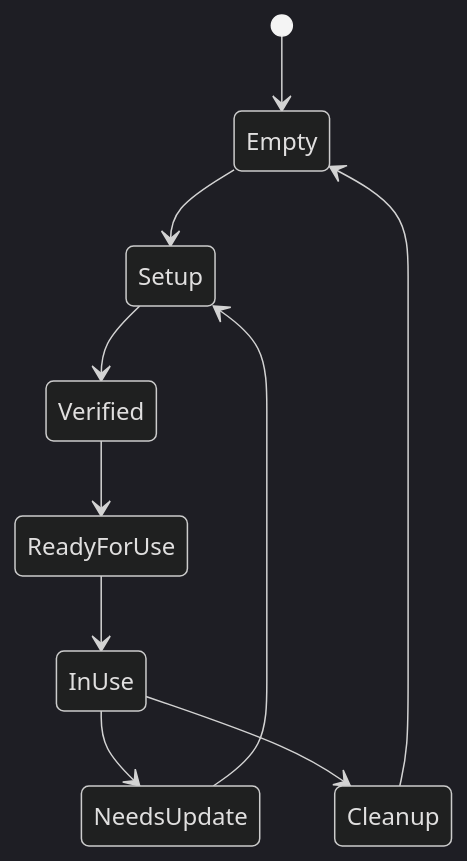
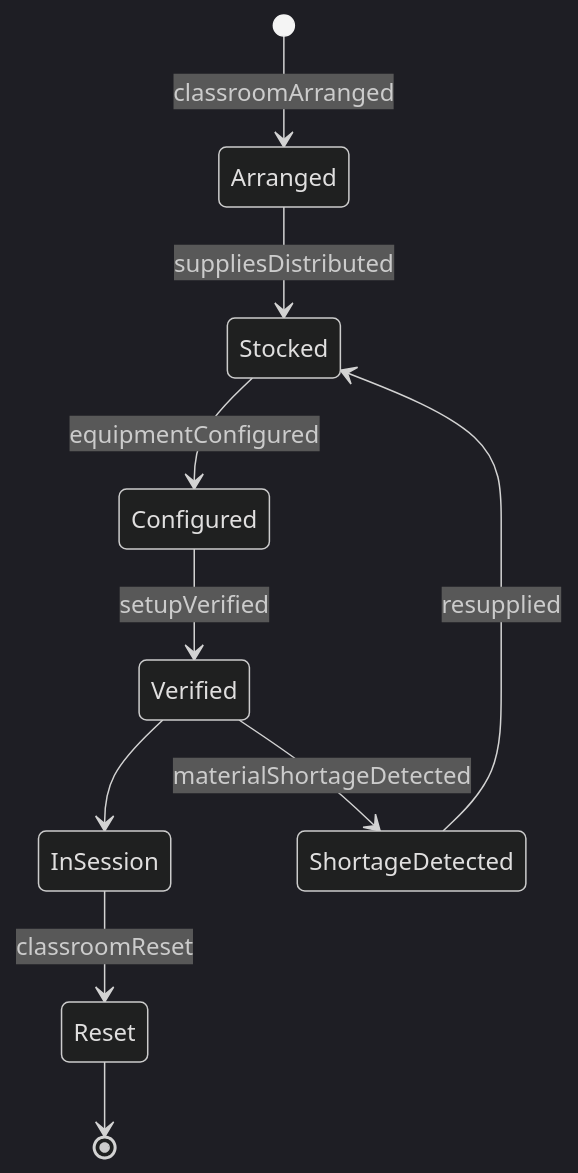
The second of 4 diagrams in HandlingAndMovingObjects/SetUpClassroomsFacilitiesEducationalMaterialsOrEquipment/SetUpClassroomMaterialsEquipment.mdx (dot-org-ai/tasks.org.ai), drawn with Mermaid (dark theme) before and after one commit. The commit also changed other lines of this file and 515 other files, not shown here.

````diff
--- a/HandlingAndMovingObjects/SetUpClassroomsFacilitiesEducationalMaterialsOrEquipment/SetUpClassroomMaterialsEquipment.mdx
+++ b/HandlingAndMovingObjects/SetUpClassroomsFacilitiesEducationalMaterialsOrEquipment/SetUpClassroomMaterialsEquipment.mdx
@@ -98,12 +98,12 @@
 ```mermaid
 stateDiagram-v2
-    [*] --> Empty
-    Empty --> Setup
-    Setup --> Verified
-    Verified --> ReadyForUse
-    ReadyForUse --> InUse
-    InUse --> NeedsUpdate
-    NeedsUpdate --> Setup
-    InUse --> Cleanup
-    Cleanup --> Empty
+    [*] --> Arranged : classroomArranged
+    Arranged --> Stocked : suppliesDistributed
+    Stocked --> Configured : equipmentConfigured
+    Configured --> Verified : setupVerified
+    Verified --> InSession
+    InSession --> Reset : classroomReset
+    Verified --> ShortageDetected : materialShortageDetected
+    ShortageDetected --> Stocked : resupplied
+    Reset --> [*]
 ```
````
